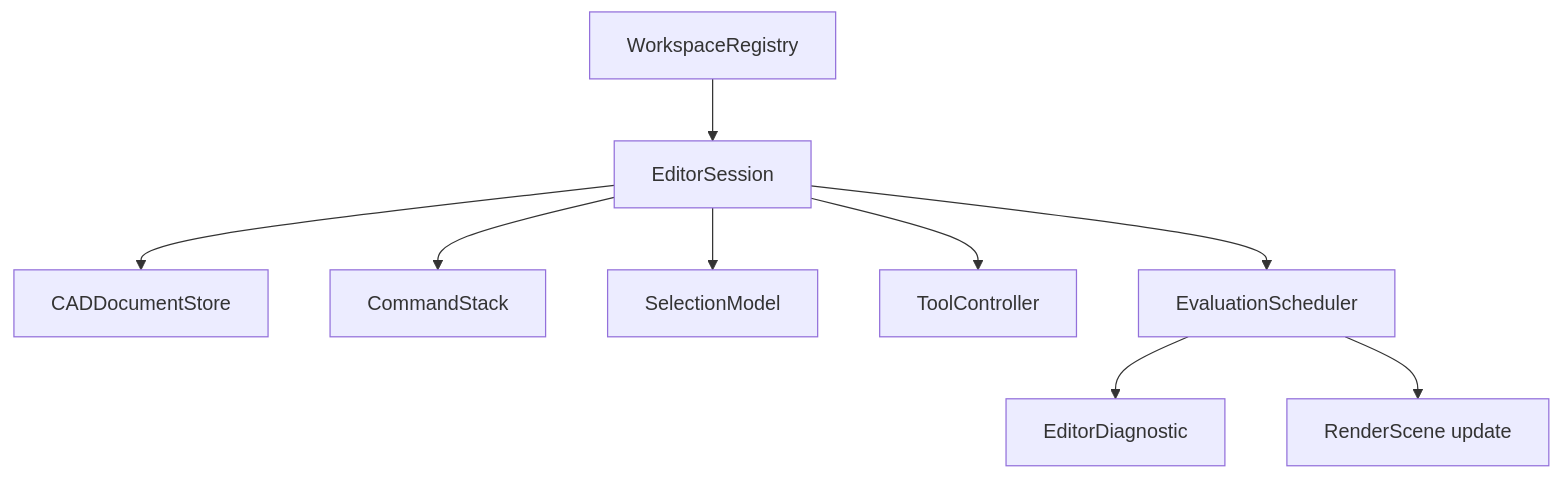
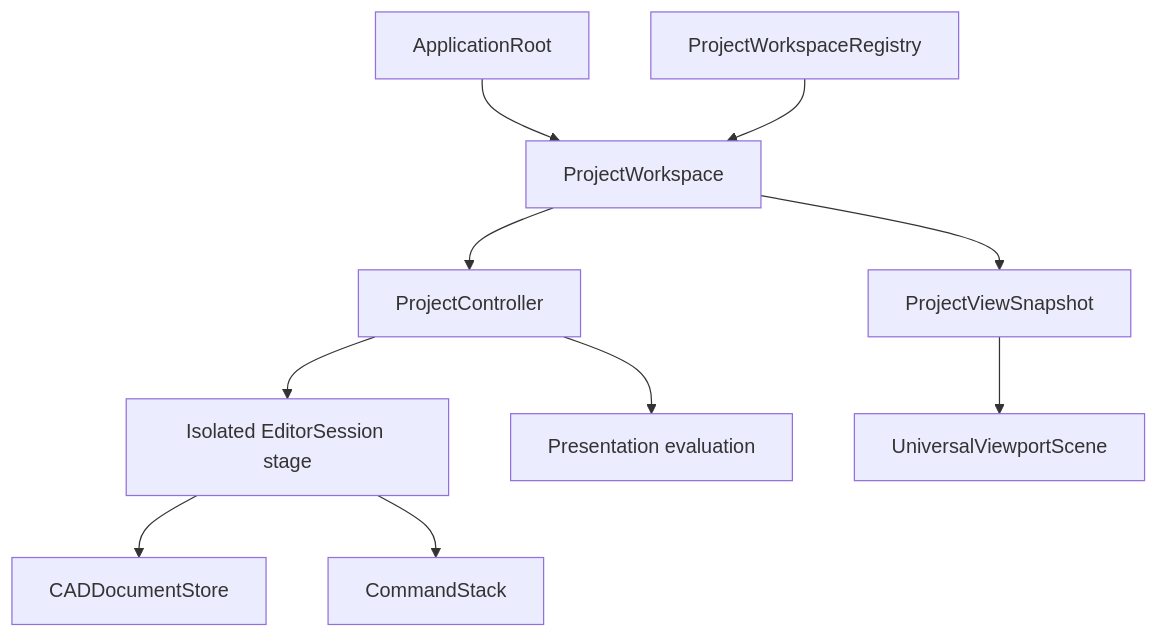
One commit to 1amageek/Rupa changed diagram 22 of 27 in Rupa/SPEC.md. Above: the diagram before and after it, drawn with Mermaid. The commit also changed other lines of this file and 5 other files, not shown here.

````diff
--- a/Rupa/SPEC.md
+++ b/Rupa/SPEC.md
@@ -1137,11 +1124,12 @@
 ```mermaid
 flowchart TD
-    Workspace["WorkspaceRegistry"] --> Session["EditorSession"]
+    App["ApplicationRoot"] --> Workspace["ProjectWorkspace"]
+    Registry["ProjectWorkspaceRegistry"] --> Workspace
+    Workspace --> Project["ProjectController"]
+    Project --> Session["Isolated EditorSession stage"]
     Session --> Store["CADDocumentStore"]
     Session --> Stack["CommandStack"]
-    Session --> Selection["SelectionModel"]
-    Session --> Tools["ToolController"]
-    Session --> Eval["EvaluationScheduler"]
-    Eval --> Diagnostics["EditorDiagnostic"]
-    Eval --> Render["RenderScene update"]
+    Project --> Eval["Presentation evaluation"]
+    Workspace --> View["ProjectViewSnapshot"]
+    View --> Render["UniversalViewportScene"]
 ```
````
